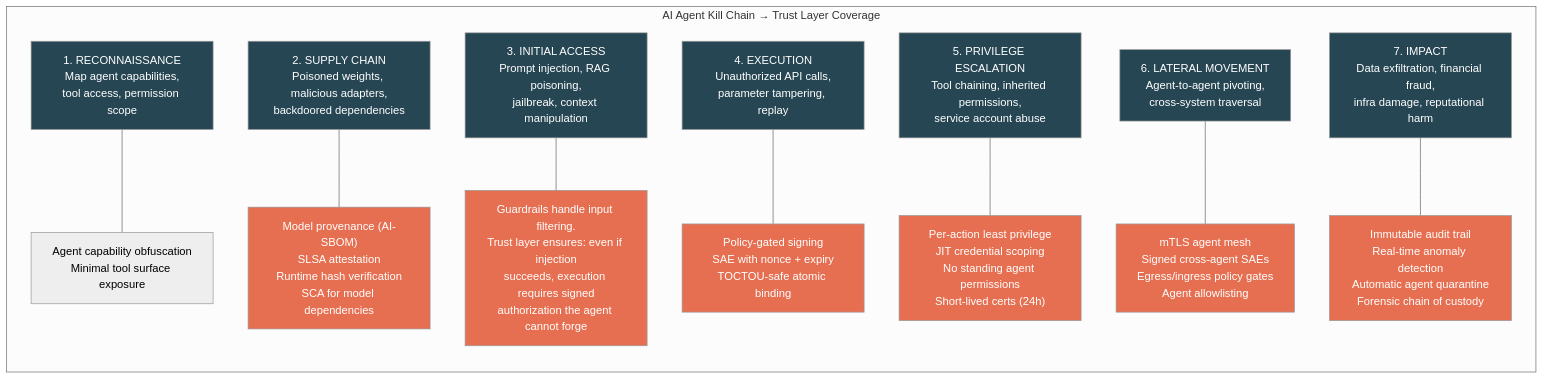
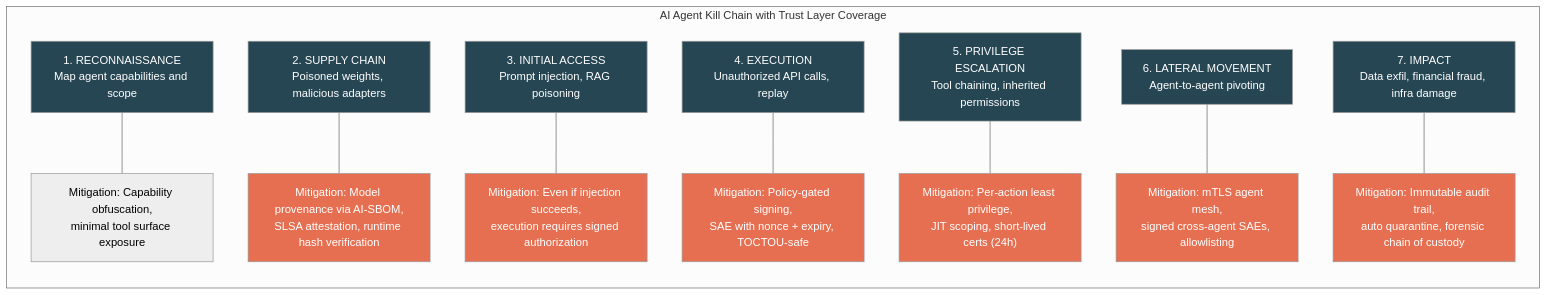
The tenth of 16 diagrams in cryptographic-trust-layer-thesis.md (kjayashr/cryptographic-trust-layer), drawn with Mermaid (neutral theme) before and after one commit. The commit also changed other lines of this file, not shown here.

First line of the commit message:
Fix mermaid diagrams and add 10,000ft architecture overview

````diff
--- a/cryptographic-trust-layer-thesis.md
+++ b/cryptographic-trust-layer-thesis.md
@@ -365,49 +417,49 @@
 ```mermaid
 graph TB
-    subgraph "AI Agent Kill Chain → Trust Layer Coverage"
+    subgraph "AI Agent Kill Chain with Trust Layer Coverage"
         direction TB
 
-        KC1["1. RECONNAISSANCE\nMap agent capabilities,\ntool access, permission scope"]
-        M1["Agent capability obfuscation\nMinimal tool surface exposure"]
+        KC1["1. RECONNAISSANCE<br/>Map agent capabilities and scope"]
+        M1["Mitigation: Capability obfuscation,<br/>minimal tool surface exposure"]
 
-        KC2["2. SUPPLY CHAIN\nPoisoned weights, malicious adapters,\nbackdoored dependencies"]
-        M2["Model provenance (AI-SBOM)\nSLSA attestation\nRuntime hash verification\nSCA for model dependencies"]
+        KC2["2. SUPPLY CHAIN<br/>Poisoned weights, malicious adapters"]
+        M2["Mitigation: Model provenance via AI-SBOM,<br/>SLSA attestation, runtime hash verification"]
 
-        KC3["3. INITIAL ACCESS\nPrompt injection, RAG poisoning,\njailbreak, context manipulation"]
-        M3["Guardrails handle input filtering.\nTrust layer ensures: even if injection\nsucceeds, execution requires signed\nauthorization the agent cannot forge"]
+        KC3["3. INITIAL ACCESS<br/>Prompt injection, RAG poisoning"]
+        M3["Mitigation: Even if injection succeeds,<br/>execution requires signed authorization"]
 
-        KC4["4. EXECUTION\nUnauthorized API calls,\nparameter tampering, replay"]
-        M4["Policy-gated signing\nSAE with nonce + expiry\nTOCTOU-safe atomic binding"]
+        KC4["4. EXECUTION<br/>Unauthorized API calls, replay"]
+        M4["Mitigation: Policy-gated signing,<br/>SAE with nonce + expiry, TOCTOU-safe"]
 
-        KC5["5. PRIVILEGE ESCALATION\nTool chaining, inherited permissions,\nservice account abuse"]
-        M5["Per-action least privilege\nJIT credential scoping\nNo standing agent permissions\nShort-lived certs (24h)"]
+        KC5["5. PRIVILEGE ESCALATION<br/>Tool chaining, inherited permissions"]
+        M5["Mitigation: Per-action least privilege,<br/>JIT scoping, short-lived certs (24h)"]
 
-        KC6["6. LATERAL MOVEMENT\nAgent-to-agent pivoting,\ncross-system traversal"]
-        M6["mTLS agent mesh\nSigned cross-agent SAEs\nEgress/ingress policy gates\nAgent allowlisting"]
+        KC6["6. LATERAL MOVEMENT<br/>Agent-to-agent pivoting"]
+        M6["Mitigation: mTLS agent mesh,<br/>signed cross-agent SAEs, allowlisting"]
 
-        KC7["7. IMPACT\nData exfiltration, financial fraud,\ninfra damage, reputational harm"]
-        M7["Immutable audit trail\nReal-time anomaly detection\nAutomatic agent quarantine\nForensic chain of custody"]
+        KC7["7. IMPACT<br/>Data exfil, financial fraud, infra damage"]
+        M7["Mitigation: Immutable audit trail,<br/>auto quarantine, forensic chain of custody"]
     end
 
     KC1 --- M1
     KC2 --- M2
     KC3 --- M3
     KC4 --- M4
     KC5 --- M5
     KC6 --- M6
     KC7 --- M7
 
     style KC1 fill:#264653,color:#fff
     style KC2 fill:#264653,color:#fff
     style KC3 fill:#264653,color:#fff
     style KC4 fill:#264653,color:#fff
     style KC5 fill:#264653,color:#fff
     style KC6 fill:#264653,color:#fff
     style KC7 fill:#264653,color:#fff
     style M2 fill:#e76f51,color:#fff
     style M3 fill:#e76f51,color:#fff
     style M4 fill:#e76f51,color:#fff
     style M5 fill:#e76f51,color:#fff
     style M6 fill:#e76f51,color:#fff
     style M7 fill:#e76f51,color:#fff
 ```
````
